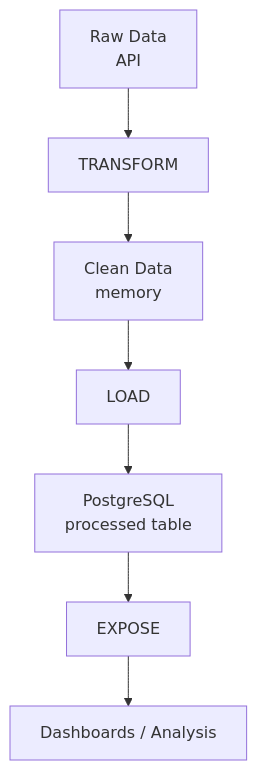
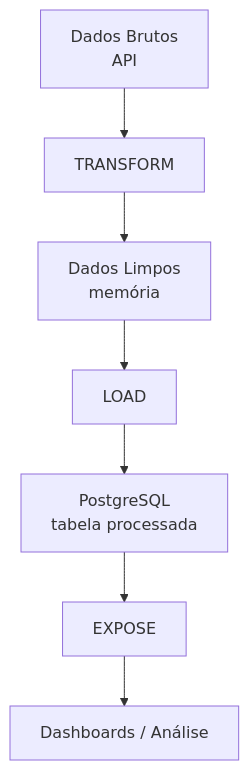
Before and after one commit to Quantilica/docs: the third of 4 diagrams in docs/concepts/pipelines.md, drawn with Mermaid. The commit also changed other lines of this file and 31 other files, not shown here.

````diff
--- a/docs/concepts/pipelines.md
+++ b/docs/concepts/pipelines.md
@@ -133,9 +133,9 @@
 ```mermaid
 graph TD
-    A["Raw Data<br/>API"] --> B["TRANSFORM"]
-    B --> C["Clean Data<br/>memory"]
+    A["Dados Brutos<br/>API"] --> B["TRANSFORM"]
+    B --> C["Dados Limpos<br/>memória"]
     C --> D["LOAD"]
-    D --> E["PostgreSQL<br/>processed table"]
+    D --> E["PostgreSQL<br/>tabela processada"]
     E --> F["EXPOSE"]
-    F --> G["Dashboards / Analysis"]
+    F --> G["Dashboards / Análise"]
 ```
````
